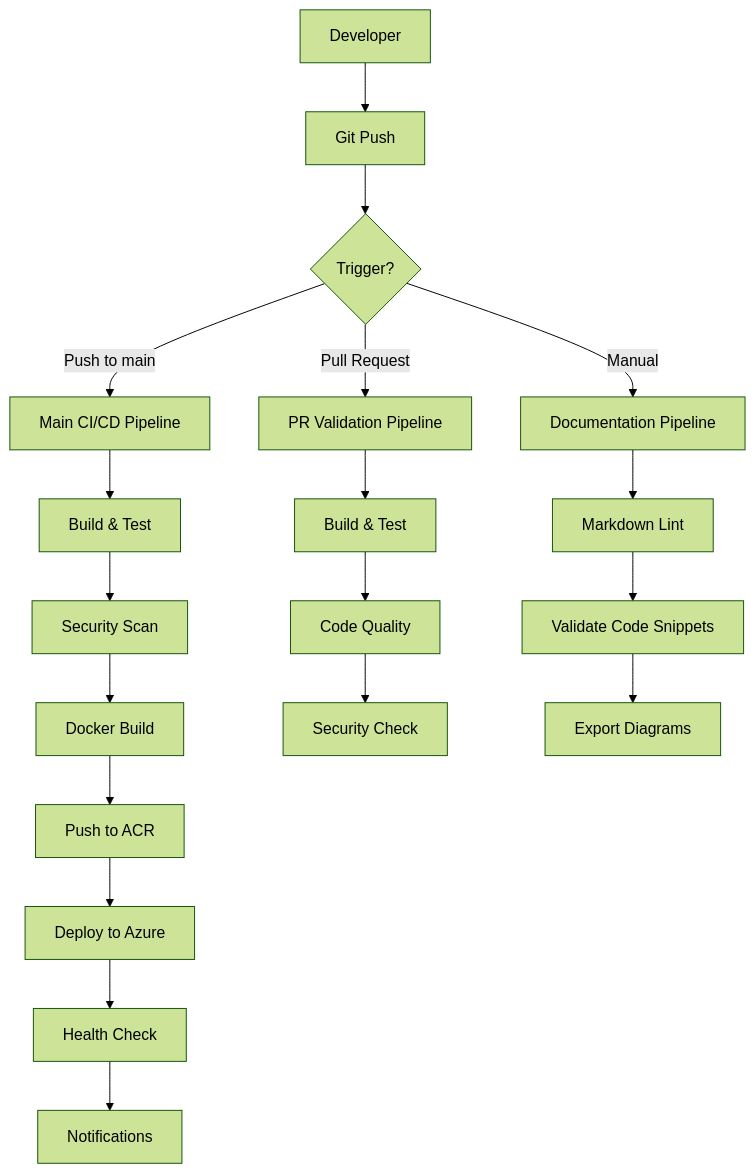
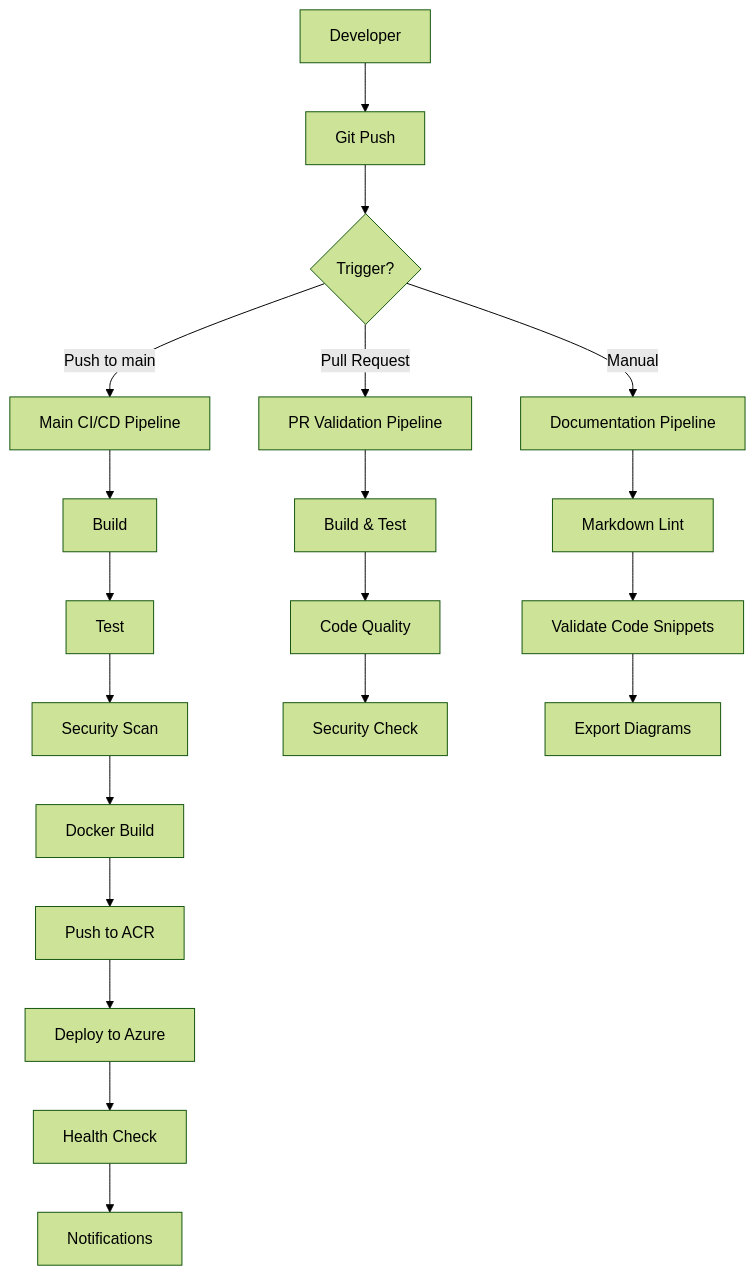
The diagram in docs/devops/pipelines.md (ingnlema/Conaprole), drawn with Mermaid (forest theme) before and after one commit. The commit also changed other lines of this file, not shown here.

````diff
--- a/docs/devops/pipelines.md
+++ b/docs/devops/pipelines.md
@@ -29,26 +29,28 @@
 ```mermaid
 flowchart TD
     DEV[Developer] --> GIT[Git Push]
     GIT --> TRIGGER{Trigger?}
     
     TRIGGER -->|Push to main| MAIN_PIPELINE[Main CI/CD Pipeline]
     TRIGGER -->|Pull Request| PR_PIPELINE[PR Validation Pipeline]
     TRIGGER -->|Manual| DOCS_PIPELINE[Documentation Pipeline]
     
-    MAIN_PIPELINE --> BUILD[Build & Test]
-    BUILD --> SECURITY[Security Scan]
+    MAIN_PIPELINE --> BUILD[Build]
+    BUILD --> TEST[Test]
+    TEST --> SECURITY[Security Scan]
     SECURITY --> PACKAGE[Docker Build]
     PACKAGE --> PUSH_ACR[Push to ACR]
     PUSH_ACR --> DEPLOY[Deploy to Azure]
     
     PR_PIPELINE --> PR_BUILD[Build & Test]
     PR_BUILD --> PR_LINT[Code Quality]
     PR_LINT --> PR_SECURITY[Security Check]
     
     DOCS_PIPELINE --> DOCS_LINT[Markdown Lint]
     DOCS_LINT --> DOCS_VALIDATE[Validate Code Snippets]
     DOCS_VALIDATE --> DOCS_EXPORT[Export Diagrams]
     
     DEPLOY --> HEALTH[Health Check]
     HEALTH --> NOTIFY[Notifications]
+
 ```
````
